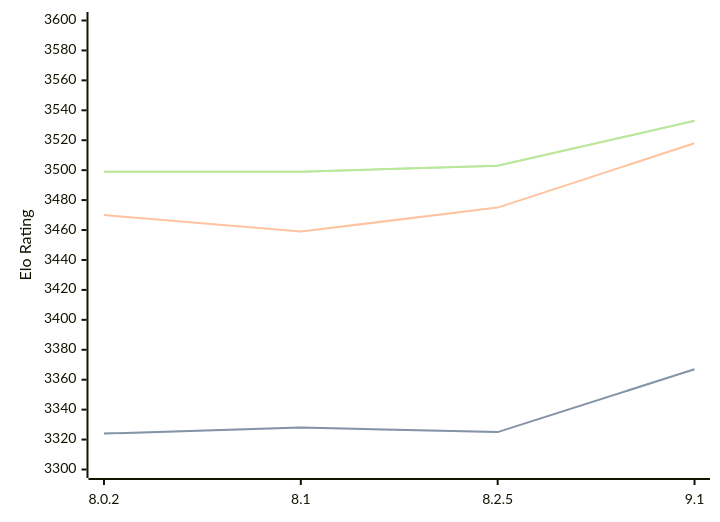
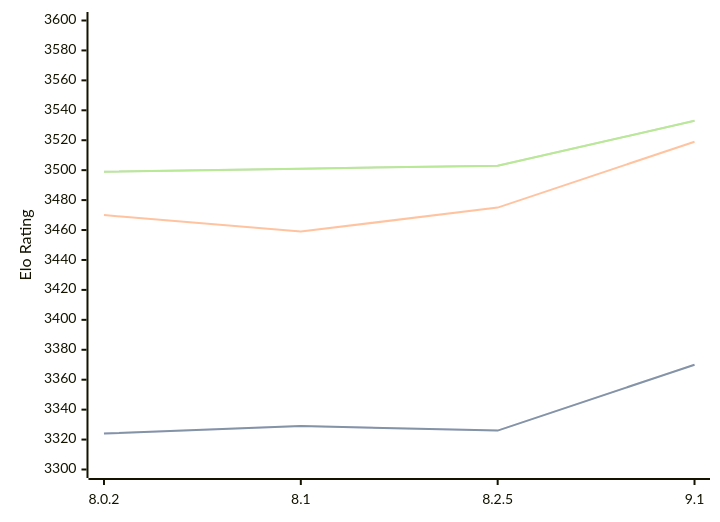
The diagram in engines/Clover.md (computer-chess-index/cci), drawn with Mermaid before and after one commit. The commit also changed other lines of this file, not shown here.

Commit message:
Update CCI Ratings (ELO VLTC) - 2026-05-21

````diff
--- a/engines/Clover.md
+++ b/engines/Clover.md
@@ -64,11 +64,11 @@
 ```mermaid
 %%{init: {"theme":"base","themeVariables":{"seriesColors:['#a3a3a3','#222221','#faa371']}}}%%
 xychart-beta
   x-axis ["8.0.2", "8.1", "8.2.5", "9.1"]
   y-axis "Elo Rating" 3300 --> 3600
-  line "STC (8.0+0.08s)" [3324, 3328, 3325, 3367]
-  line "STC (8.0+0.08s)" [3324, 3328, 3325, 3367]
-  line "LTC (60.0+0.60s)" [3470, 3459, 3475, 3518]
-  line "VLTC (2m24s+1.12s)" [3499, 3499, 3503, 3533]
-  line "VLTC (2m24s+1.12s)" [3499, 3499, 3503, 3533]
+  line "STC (8.0+0.08s)" [3324, 3329, 3326, 3370]
+  line "STC (8.0+0.08s)" [3324, 3329, 3326, 3370]
+  line "LTC (60.0+0.60s)" [3470, 3459, 3475, 3519]
+  line "VLTC (2m24s+1.12s)" [3499, 3501, 3503, 3533]
+  line "VLTC (2m24s+1.12s)" [3499, 3501, 3503, 3533]
 ```
````
